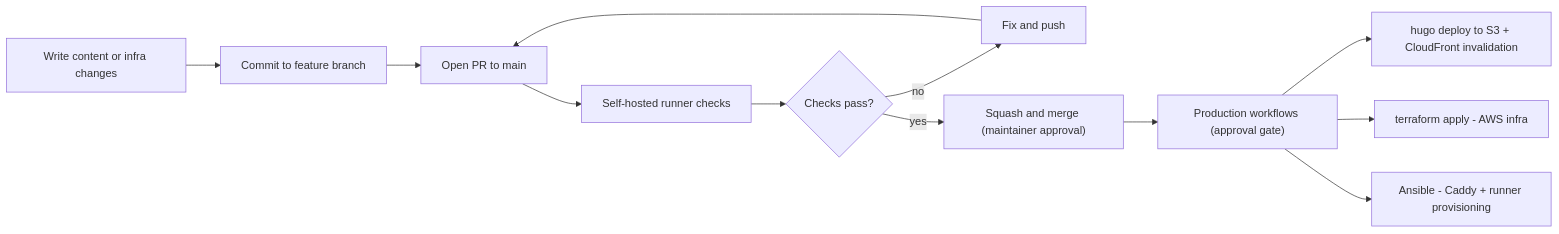
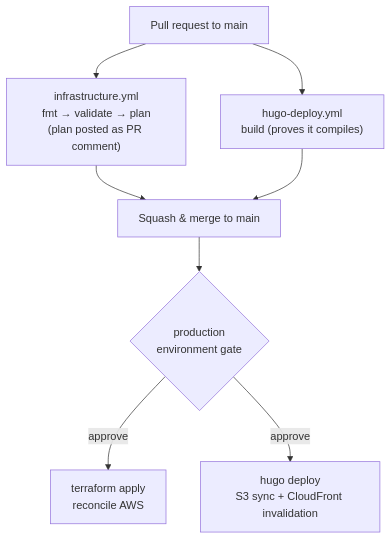
Before and after one commit to brooks-security-com/brooks-security.com: the first of 3 diagrams in hugo/content/docs/Portfolio/GitOps.md, drawn with Mermaid. The commit also changed other lines of this file, not shown here.

First line of the commit message:
content: rewrite GitOps portfolio page to match actual repo

````diff
--- a/hugo/content/docs/Portfolio/GitOps.md
+++ b/hugo/content/docs/Portfolio/GitOps.md
@@ -106,14 +46,11 @@
 ```mermaid
-flowchart LR
-    A["Write content or infra changes"] --> B["Commit to feature branch"]
-    B --> C["Open PR to main"]
-    C --> D["Self-hosted runner checks"]
-    D --> E{"Checks pass?"}
-    E -- "no" --> G["Fix and push"]
-    G --> C
-    E -- "yes" --> F["Squash and merge (maintainer approval)"]
-    F --> H["Production workflows (approval gate)"]
-    H --> I["hugo deploy to S3 + CloudFront invalidation"]
-    H --> J["terraform apply - AWS infra"]
-    H --> K["Ansible - Caddy + runner provisioning"]
+flowchart TD
+    PR["Pull request to main"]
+    PR --> INFRA_PR["infrastructure.yml<br/>fmt → validate → plan<br/>(plan posted as PR comment)"]
+    PR --> HUGO_PR["hugo-deploy.yml<br/>build (proves it compiles)"]
+    INFRA_PR --> MERGE["Squash & merge to main"]
+    HUGO_PR --> MERGE
+    MERGE --> GATE{"production<br/>environment gate"}
+    GATE -->|approve| APPLY["terraform apply<br/>reconcile AWS"]
+    GATE -->|approve| DEPLOY["hugo deploy<br/>S3 sync + CloudFront invalidation"]
 ```
````
